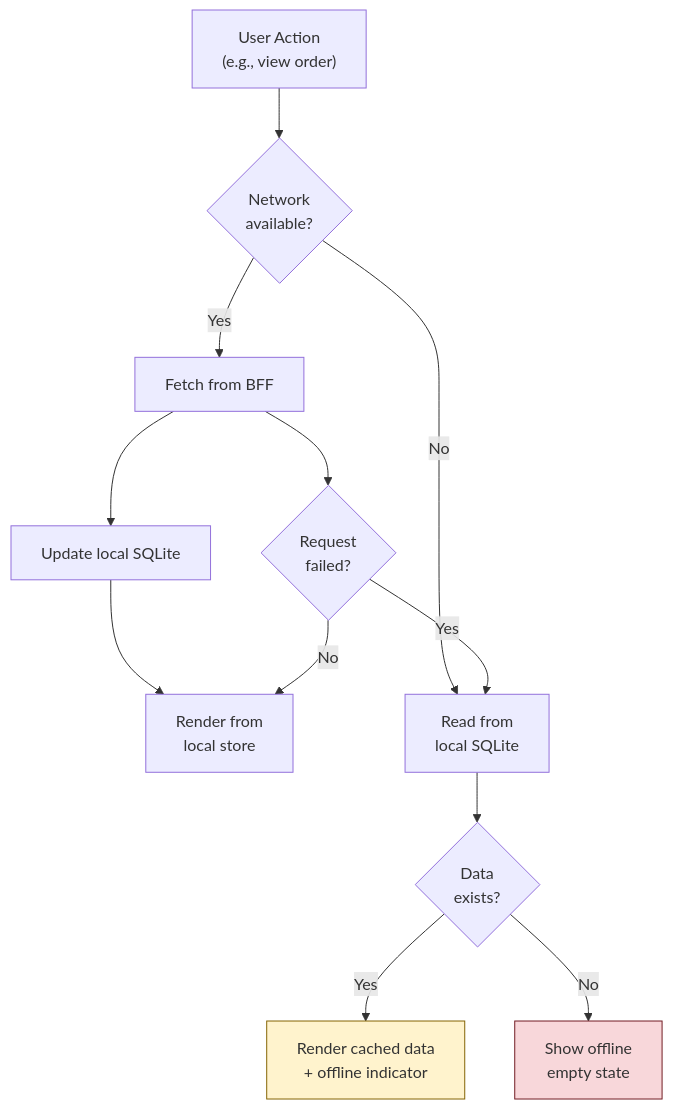
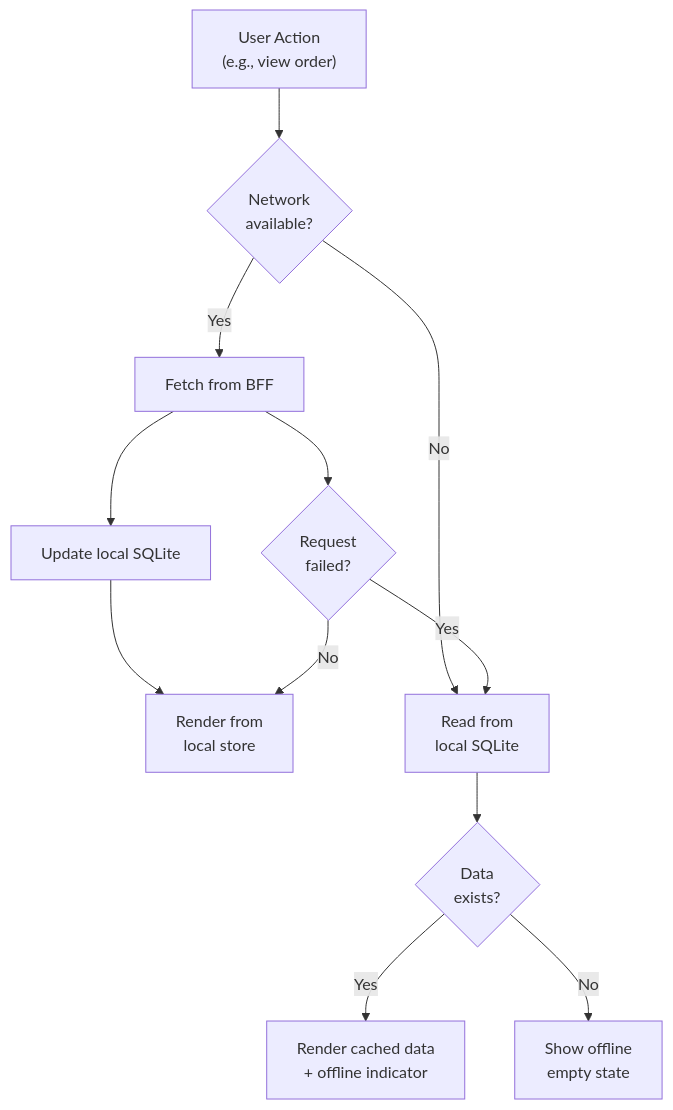
Before and after one commit to rishikeshdhokare/platform-manifesto: the second of 5 diagrams in 09-mobile-and-frontend/01-mobile-standards.md, drawn with Mermaid. The commit also changed other lines of this file and 14 other files, not shown here.

First line of the commit message:
fix: remove mermaid style directives (119 lines across 15 files)

````diff
--- a/09-mobile-and-frontend/01-mobile-standards.md
+++ b/09-mobile-and-frontend/01-mobile-standards.md
@@ -186,17 +186,15 @@
 ```mermaid
 flowchart TD
     A["User Action\n(e.g., view order)"] --> B{"Network\navailable?"}
     B -- Yes --> C["Fetch from BFF"]
     C --> D["Update local SQLite"]
     D --> E["Render from\nlocal store"]
     B -- No --> F["Read from\nlocal SQLite"]
     F --> G{"Data\nexists?"}
     G -- Yes --> H["Render cached data\n+ offline indicator"]
     G -- No --> I["Show offline\nempty state"]
     C --> J{"Request\nfailed?"}
     J -- Yes --> F
     J -- No --> E
 
-    style H fill:#fff3cd,stroke:#856404
-    style I fill:#f8d7da,stroke:#721c24
 ```
````
